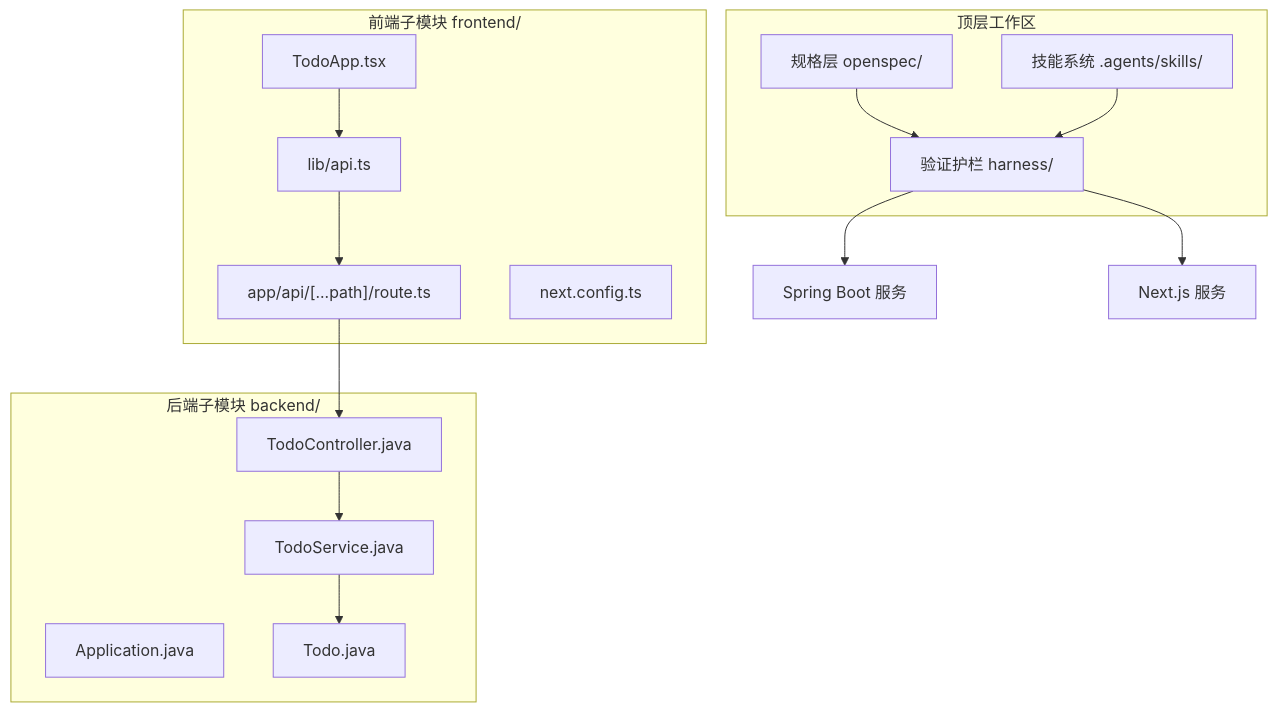
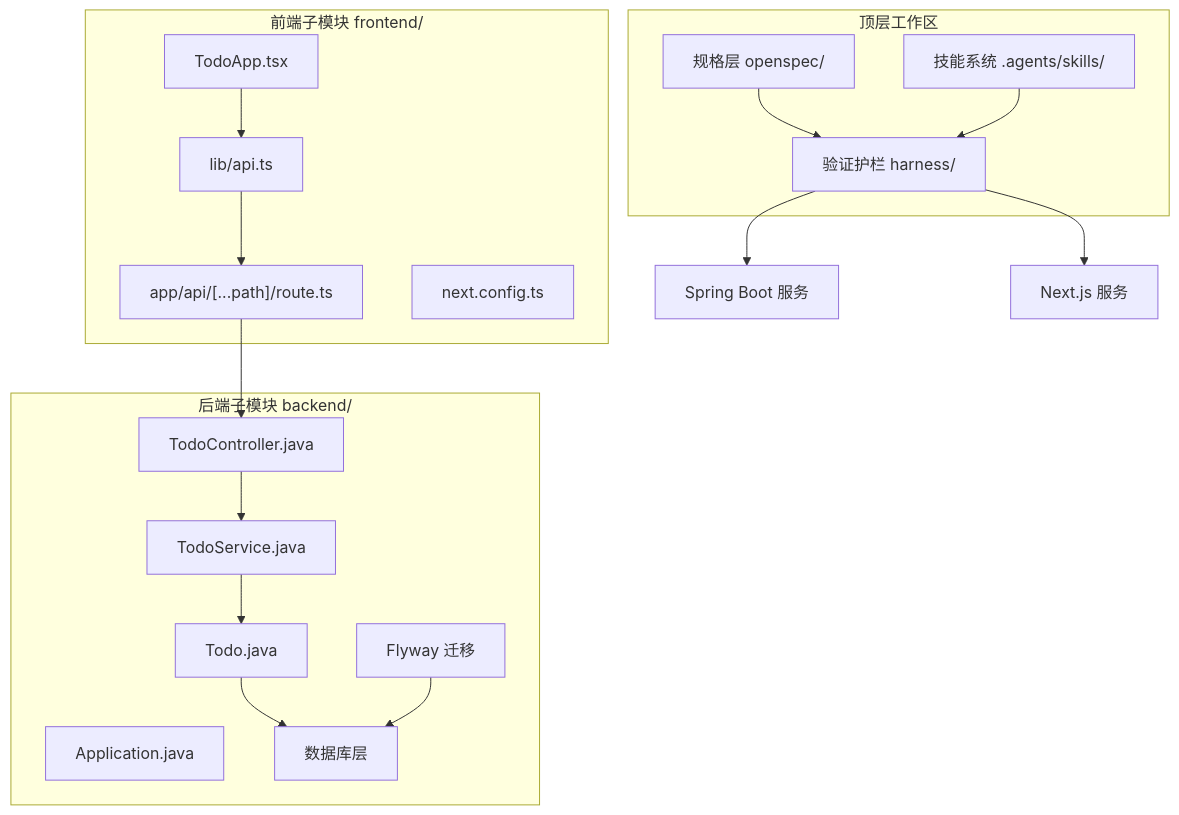
Before and after one commit to luyitiger6/my-first-project: the second of 10 diagrams in .qoder/repowiki/zh/content/架构设计/架构设计.md, drawn with Mermaid. The commit also changed other lines of this file and 38 other files, not shown here.

````diff
--- a/.qoder/repowiki/zh/content/架构设计/架构设计.md
+++ b/.qoder/repowiki/zh/content/架构设计/架构设计.md
@@ -97,29 +110,33 @@
 ```mermaid
 graph TB
 subgraph "顶层工作区"
 Spec["规格层 openspec/"]
 Guard["验证护栏 harness/"]
 Skill["技能系统 .agents/skills/"]
 end
 subgraph "后端子模块 backend/"
 App["Application.java"]
 Controller["TodoController.java"]
 Service["TodoService.java"]
 Model["Todo.java"]
+DB["数据库层"]
+Migration["Flyway 迁移"]
 end
 subgraph "前端子模块 frontend/"
 UI["TodoApp.tsx"]
 Client["lib/api.ts"]
 Proxy["app/api/[...path]/route.ts"]
 Config["next.config.ts"]
 end
 Spec --> Guard
 Skill --> Guard
 Guard --> Backend["Spring Boot 服务"]
 Guard --> Frontend["Next.js 服务"]
 UI --> Client
 Client --> Proxy
 Proxy --> Controller
 Controller --> Service
 Service --> Model
+Model --> DB
+Migration --> DB
 ```
````
